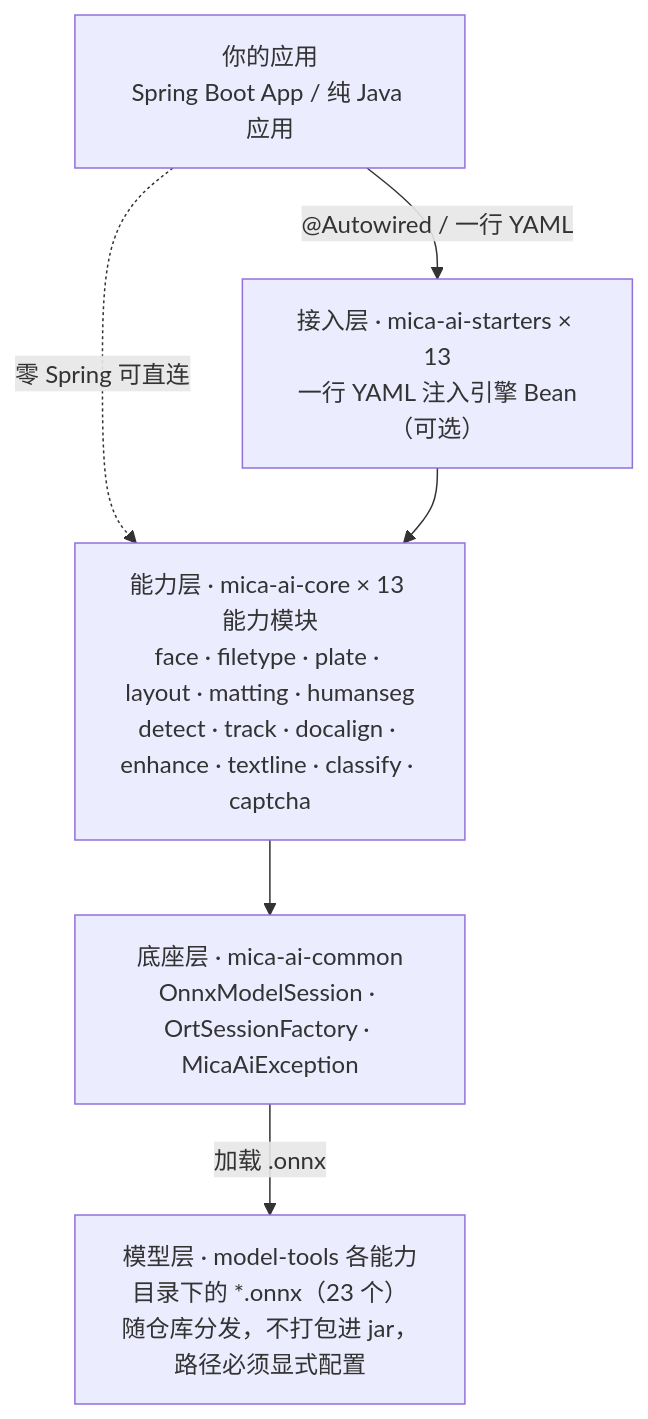
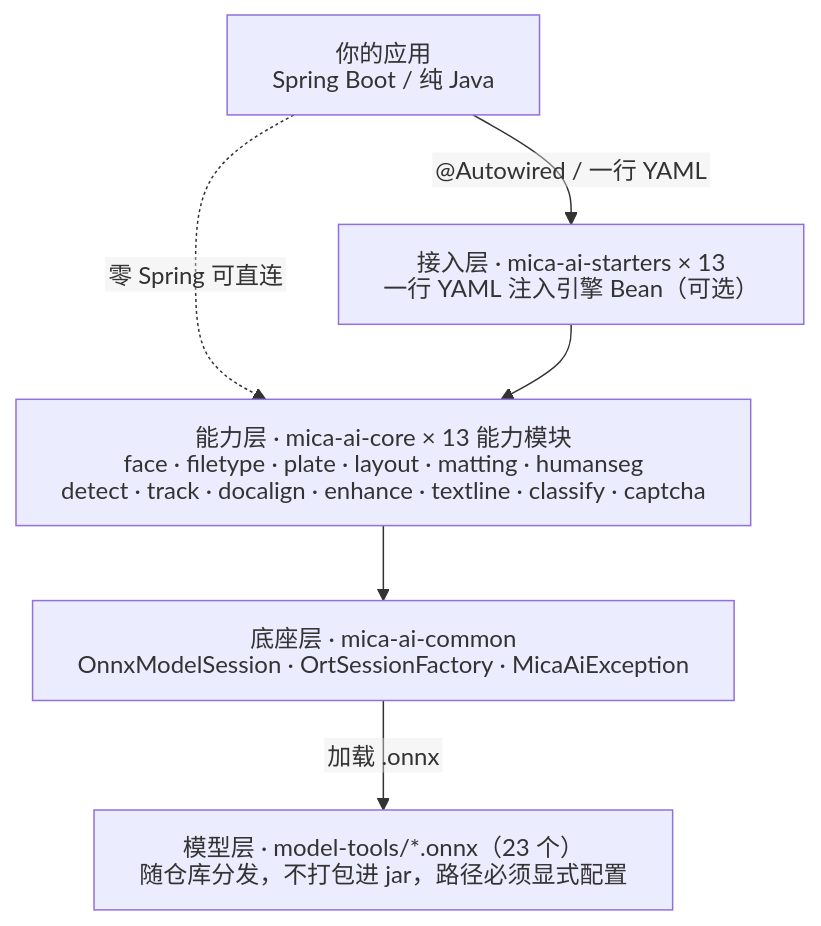
The diagram in README.md (lets-mica/mica-ai), drawn with Mermaid before and after one commit. The commit also changed other lines of this file and 1 other file, not shown here.

````diff
--- a/README.md
+++ b/README.md
@@ -67,14 +68,15 @@
 ```mermaid
+%%{init: {'htmlLabels': false, 'flowchart': {'wrappingWidth': 600}}}%%
 graph TD
-    APP["你的应用<br/>Spring Boot App / 纯 Java 应用"]
+    APP["你的应用<br/>Spring Boot / 纯 Java"]
     ST["接入层 · mica-ai-starters × 13<br/>一行 YAML 注入引擎 Bean（可选）"]
     CORE["能力层 · mica-ai-core × 13 能力模块<br/>face · filetype · plate · layout · matting · humanseg<br/>detect · track · docalign · enhance · textline · classify · captcha"]
     COMMON["底座层 · mica-ai-common<br/>OnnxModelSession · OrtSessionFactory · MicaAiException"]
-    MODELS["模型层 · model-tools 各能力目录下的 *.onnx（23 个）<br/>随仓库分发，不打包进 jar，路径必须显式配置"]
+    MODELS["模型层 · model-tools/*.onnx（23 个）<br/>随仓库分发，不打包进 jar，路径必须显式配置"]
 
     APP -->|"@Autowired / 一行 YAML"| ST
     APP -.->|"零 Spring 可直连"| CORE
     ST --> CORE
     CORE --> COMMON
     COMMON -->|"加载 .onnx"| MODELS
 ```
````
